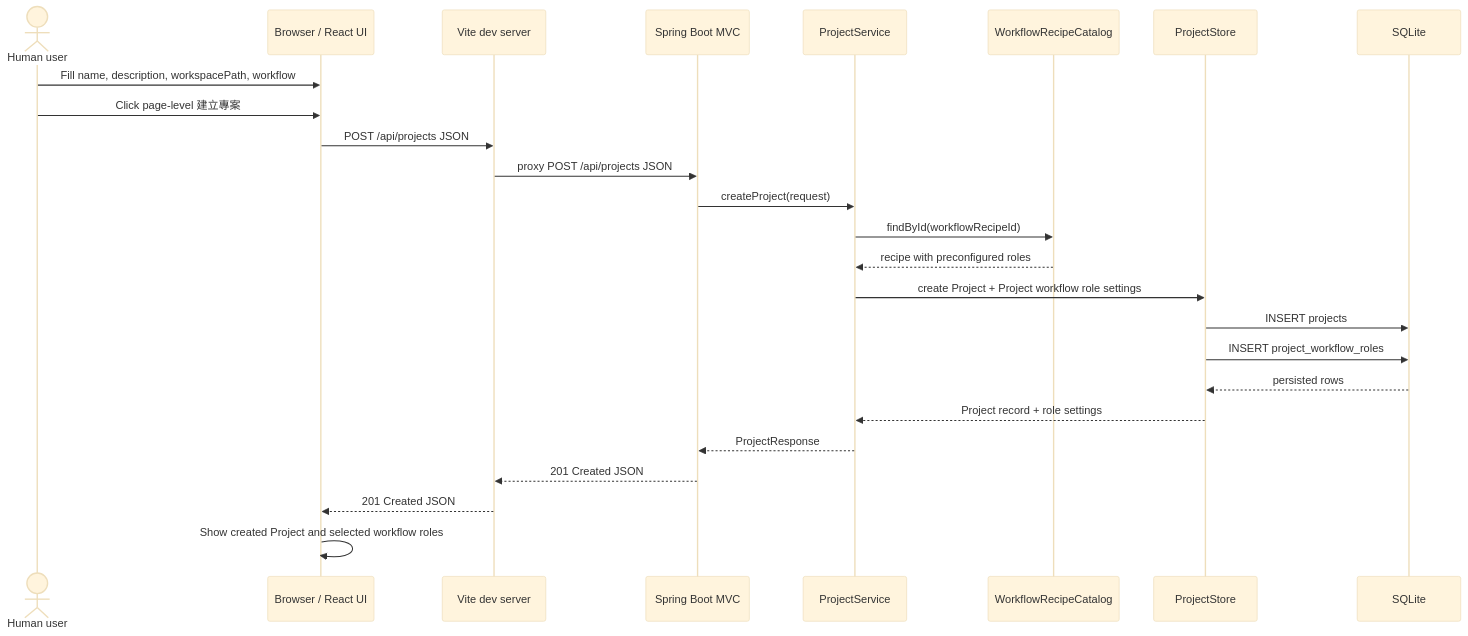
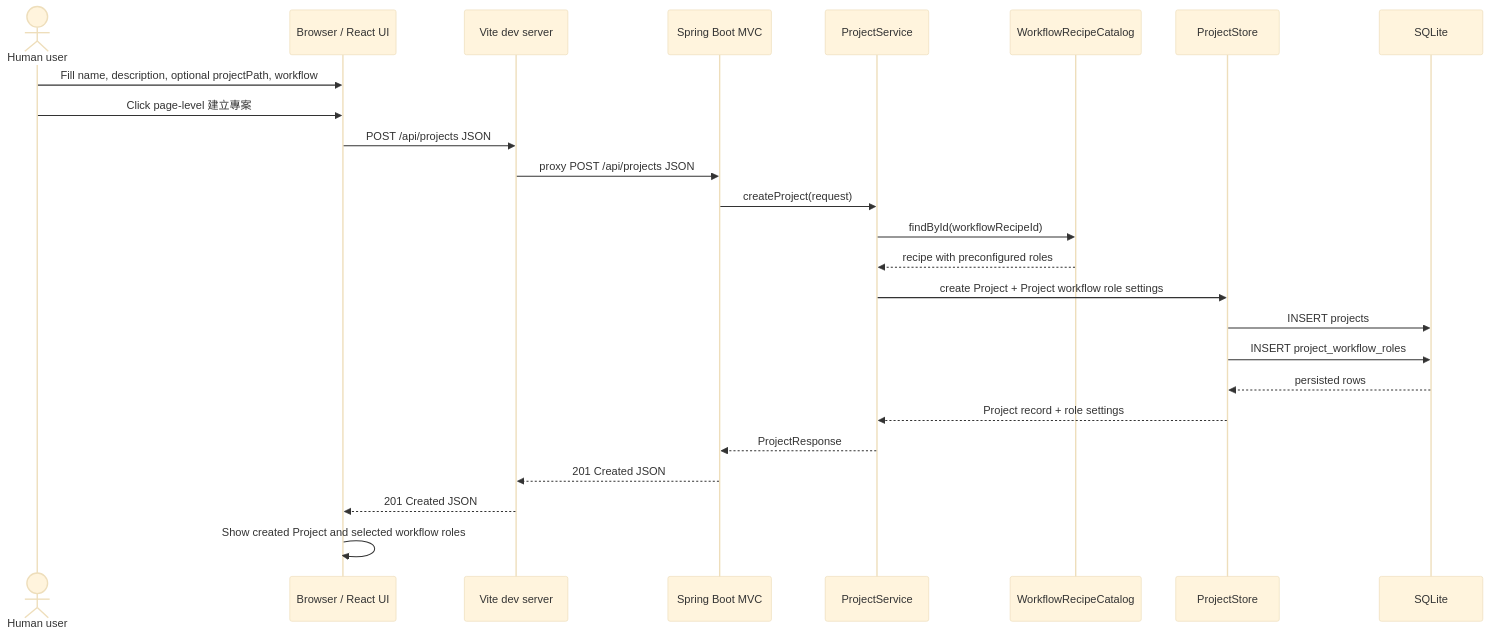
The fourth of 5 diagrams in docs/grimo/architecture.md (samzhu/grimoAPP), drawn with Mermaid (base theme) before and after one commit. The commit also changed other lines of this file and 6 other files, not shown here.

Commit message:
docs(specs): simplify S003 project path contract

````diff
--- a/docs/grimo/architecture.md
+++ b/docs/grimo/architecture.md
@@ -103,28 +104,28 @@
 ```mermaid
 sequenceDiagram
   actor User as Human user
   participant Browser as Browser / React UI
   participant Vite as Vite dev server
   participant API as Spring Boot MVC
   participant Service as ProjectService
   participant Catalog as WorkflowRecipeCatalog
   participant Store as ProjectStore
   participant DB as SQLite
 
-  User->>Browser: Fill name, description, workspacePath, workflow
+  User->>Browser: Fill name, description, optional projectPath, workflow
   User->>Browser: Click page-level 建立專案
   Browser->>Vite: POST /api/projects JSON
   Vite->>API: proxy POST /api/projects JSON
   API->>Service: createProject(request)
   Service->>Catalog: findById(workflowRecipeId)
   Catalog-->>Service: recipe with preconfigured roles
   Service->>Store: create Project + Project workflow role settings
   Store->>DB: INSERT projects
   Store->>DB: INSERT project_workflow_roles
   DB-->>Store: persisted rows
   Store-->>Service: Project record + role settings
   Service-->>API: ProjectResponse
   API-->>Vite: 201 Created JSON
   Vite-->>Browser: 201 Created JSON
   Browser->>Browser: Show created Project and selected workflow roles
 ```
````
